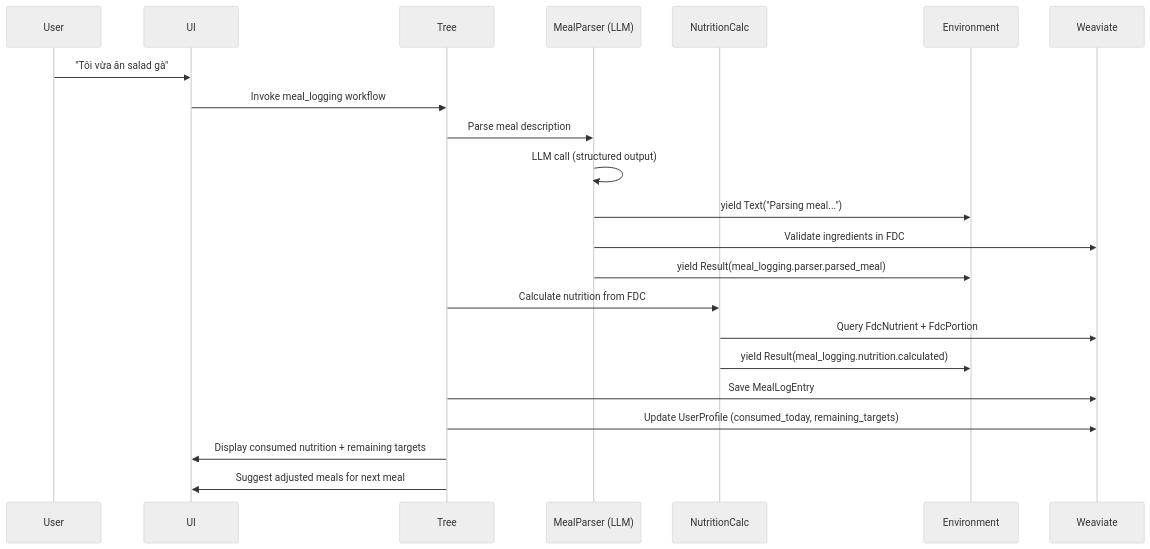
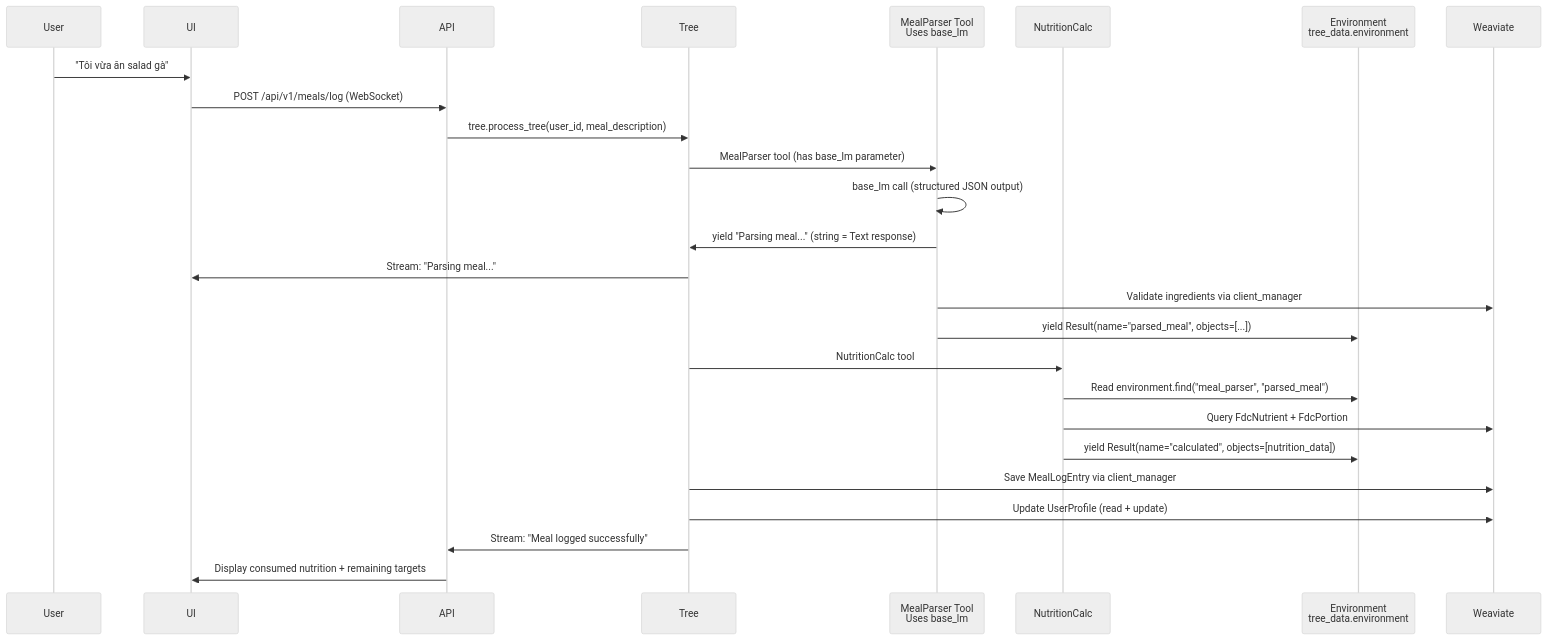
Before and after one commit to NCHzzz/MealAgent_Project: the fourth of 4 diagrams in docs/ai/design/feature-meal-planning-agent.md, drawn with Mermaid (neutral theme). The commit also changed other lines of this file and 4 other files, not shown here.

````diff
--- a/docs/ai/design/feature-meal-planning-agent.md
+++ b/docs/ai/design/feature-meal-planning-agent.md
@@ -309,27 +384,31 @@
 ```mermaid
 sequenceDiagram
     participant User
     participant UI
+    participant API
     participant Tree
-    participant MealParser as MealParser (LLM)
+    participant MealParser as MealParser Tool<br/>Uses base_lm
     participant NutritionCalc
-    participant Env as Environment
+    participant Env as Environment<br/>tree_data.environment
     participant Weaviate
     
     User->>UI: "Tôi vừa ăn salad gà"
-    UI->>Tree: Invoke meal_logging workflow
-    Tree->>MealParser: Parse meal description
-    MealParser->>MealParser: LLM call (structured output)
-    MealParser->>Env: yield Text("Parsing meal...")
-    MealParser->>Weaviate: Validate ingredients in FDC
-    MealParser->>Env: yield Result(meal_logging.parser.parsed_meal)
+    UI->>API: POST /api/v1/meals/log (WebSocket)
+    API->>Tree: tree.process_tree(user_id, meal_description)
+    Tree->>MealParser: MealParser tool (has base_lm parameter)
+    MealParser->>MealParser: base_lm call (structured JSON output)
+    MealParser->>Tree: yield "Parsing meal..." (string = Text response)
+    Tree->>UI: Stream: "Parsing meal..."
+    MealParser->>Weaviate: Validate ingredients via client_manager
+    MealParser->>Env: yield Result(name="parsed_meal", objects=[...])
     
-    Tree->>NutritionCalc: Calculate nutrition from FDC
+    Tree->>NutritionCalc: NutritionCalc tool
+    NutritionCalc->>Env: Read environment.find("meal_parser", "parsed_meal")
     NutritionCalc->>Weaviate: Query FdcNutrient + FdcPortion
-    NutritionCalc->>Env: yield Result(meal_logging.nutrition.calculated)
+    NutritionCalc->>Env: yield Result(name="calculated", objects=[nutrition_data])
     
-    Tree->>Weaviate: Save MealLogEntry
-    Tree->>Weaviate: Update UserProfile (consumed_today, remaining_targets)
-    Tree->>UI: Display consumed nutrition + remaining targets
-    Tree->>UI: Suggest adjusted meals for next meal
+    Tree->>Weaviate: Save MealLogEntry via client_manager
+    Tree->>Weaviate: Update UserProfile (read + update)
+    Tree->>API: Stream: "Meal logged successfully"
+    API->>UI: Display consumed nutrition + remaining targets
 ```
````
